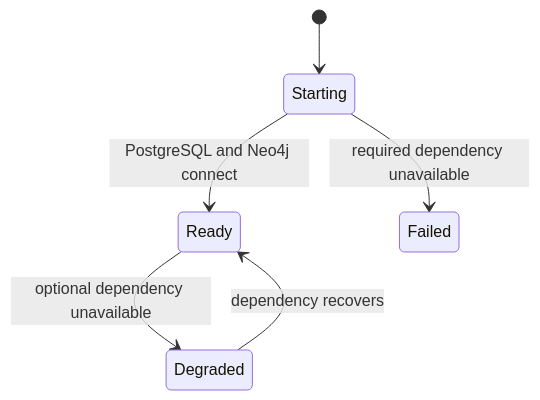
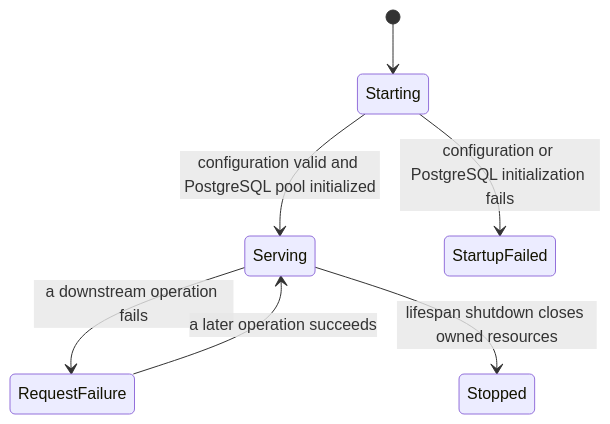
The diagram in docs/database-resilience.md (groovemap-music/catalog-api), drawn with Mermaid before and after one commit. The commit also changed other lines of this file and 11 other files, not shown here.

````diff
--- a/docs/database-resilience.md
+++ b/docs/database-resilience.md
@@ -7,8 +7,9 @@
 ```mermaid
 stateDiagram-v2
     [*] --> Starting
-    Starting --> Ready: PostgreSQL and Neo4j connect
-    Starting --> Failed: required dependency unavailable
-    Ready --> Degraded: optional dependency unavailable
-    Degraded --> Ready: dependency recovers
+    Starting --> Serving: configuration valid and PostgreSQL pool initialized
+    Starting --> StartupFailed: configuration or PostgreSQL initialization fails
+    Serving --> RequestFailure: a downstream operation fails
+    RequestFailure --> Serving: a later operation succeeds
+    Serving --> Stopped: lifespan shutdown closes owned resources
 ```
````
